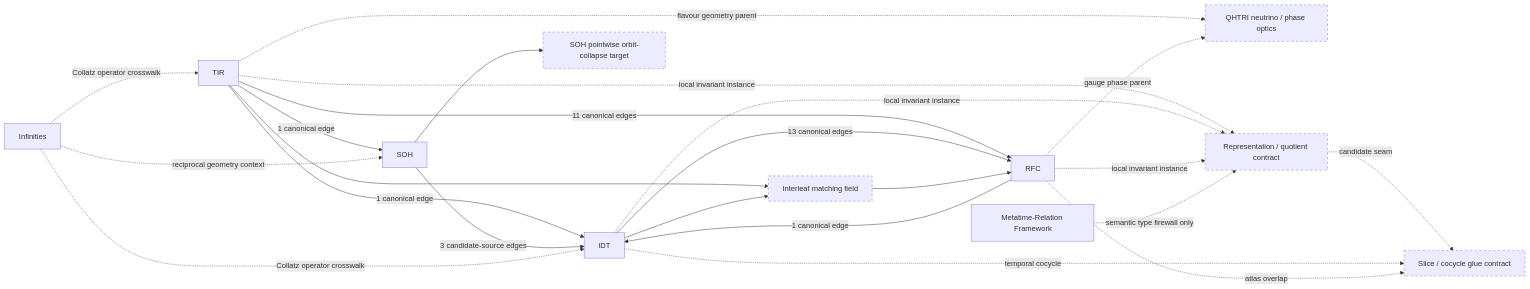
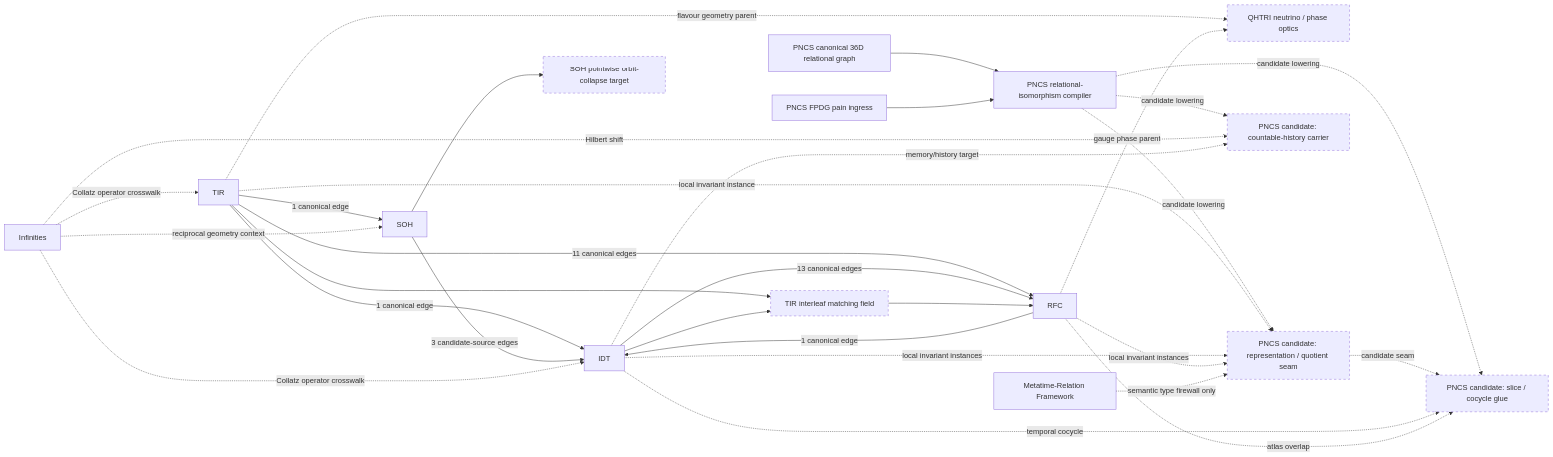
Before and after one commit to AdrianLipa90/GREMLIN: the diagram in docs/reports/GREMLIN_FUNDAMENTAL_REPO_OVERLAY_20260921.mmd, drawn with Mermaid.

Commit message:
route repository overlay map through PNCS

```diff
--- a/docs/reports/GREMLIN_FUNDAMENTAL_REPO_OVERLAY_20260921.mmd
+++ b/docs/reports/GREMLIN_FUNDAMENTAL_REPO_OVERLAY_20260921.mmd
@@ -1,44 +1,56 @@
 flowchart LR
   TIR["TIR"]
   IDT["IDT"]
   RFC["RFC"]
   SOH["SOH"]
   INF["Infinities"]
+  PNCS["PNCS canonical 36D relational graph"]
+  COMP["PNCS relational-isomorphism compiler"]
+  INGRESS["PNCS FPDG pain ingress"]
   MRIF["Metatime-Relation Framework"]
   QHTRI["QHTRI neutrino / phase optics"]
-  Q["Representation / quotient contract"]
-  G["Slice / cocycle glue contract"]
-  M["Interleaf matching field"]
+  Q["PNCS candidate: representation / quotient seam"]
+  G["PNCS candidate: slice / cocycle glue"]
+  H["PNCS candidate: countable-history carrier"]
+  M["TIR interleaf matching field"]
   RH["SOH pointwise orbit-collapse target"]
 
   TIR -->|1 canonical edge| IDT
   TIR -->|11 canonical edges| RFC
   IDT -->|13 canonical edges| RFC
   RFC -->|1 canonical edge| IDT
   TIR -->|1 canonical edge| SOH
   SOH -->|3 candidate-source edges| IDT
 
+  PNCS --> COMP
+  INGRESS --> COMP
+  COMP -. candidate lowering .-> Q
+  COMP -. candidate lowering .-> G
+  COMP -. candidate lowering .-> H
+
   TIR -. local invariant instance .-> Q
-  IDT -. local invariant instance .-> Q
-  RFC -. local invariant instance .-> Q
+  IDT -. local invariant instances .-> Q
+  RFC -. local invariant instances .-> Q
   MRIF -. semantic type firewall only .-> Q
 
   Q -. candidate seam .-> G
   IDT -. temporal cocycle .-> G
   RFC -. atlas overlap .-> G
 
+  INF -. Hilbert shift .-> H
+  IDT -. memory/history target .-> H
   INF -. Collatz operator crosswalk .-> TIR
   INF -. Collatz operator crosswalk .-> IDT
   INF -. reciprocal geometry context .-> SOH
 
   TIR --> M
   IDT --> M
   M --> RFC
 
   TIR -. flavour geometry parent .-> QHTRI
   RFC -. gauge phase parent .-> QHTRI
 
   SOH --> RH
 
   classDef open stroke-dasharray: 5 5;
-  class Q,G,M,RH,QHTRI open;
+  class Q,G,H,M,RH,QHTRI open;
```
